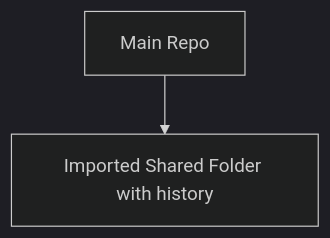
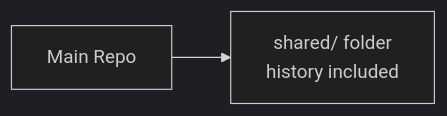
Before and after one commit to duwenji/github-copilot-practical-workflows-tutorial: the second of 2 diagrams in docs/04-shared-assets-and-multi-repo-management/05-submodule-subtree-visual-guide.md, drawn with Mermaid (dark theme). The commit also changed other lines of this file and 19 other files, not shown here.

````diff
--- a/docs/04-shared-assets-and-multi-repo-management/05-submodule-subtree-visual-guide.md
+++ b/docs/04-shared-assets-and-multi-repo-management/05-submodule-subtree-visual-guide.md
@@ -13,4 +15,4 @@
 ```mermaid
-flowchart TD
-    A[Main Repo] --> B[Imported Shared Folder with history]
+flowchart LR
+    D[Main Repo] --> E[shared/ folder<br/>history included]
 ```
````
